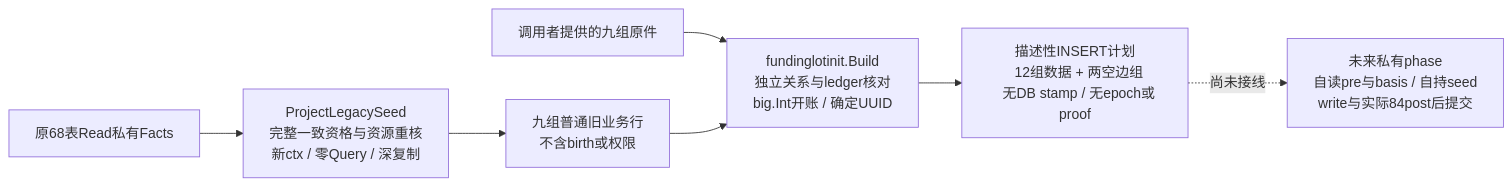
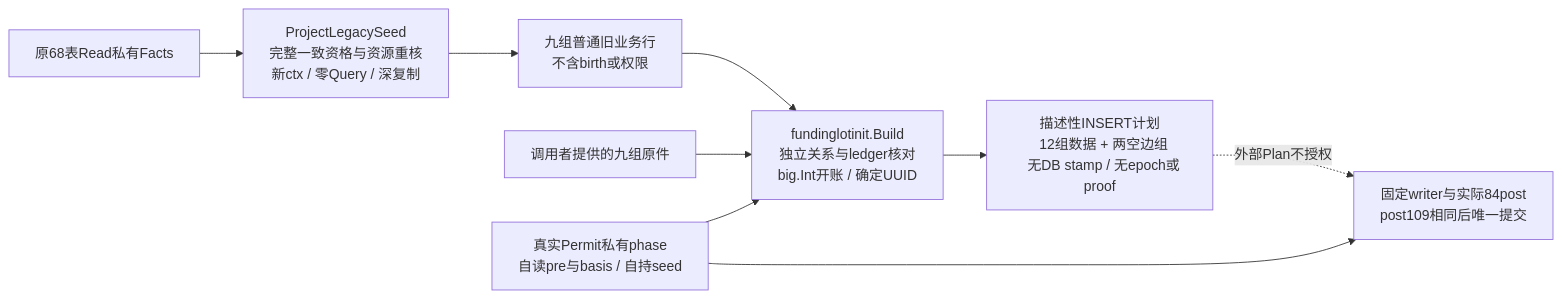
One commit to workhold/moni-aigate changed diagram 18 of 19 in docs/architecture/README.md. Above: the diagram before and after it, drawn with Mermaid. The commit also changed other lines of this file and 51 other files, not shown here.

````diff
--- a/docs/architecture/README.md
+++ b/docs/architecture/README.md
@@ -1156,18 +1167,20 @@
 ```mermaid
 flowchart LR
   Raw[原68表Read私有Facts] --> Project[ProjectLegacySeed
   完整一致资格与资源重核
   新ctx / 零Query / 深复制]
   Project --> Seed[九组普通旧业务行
   不含birth或权限]
   Supplied[调用者提供的九组原件] --> Build[fundinglotinit.Build
   独立关系与ledger核对
   big.Int开账 / 确定UUID]
   Seed --> Build
   Build --> Plan[描述性INSERT计划
   12组数据 + 两空边组
   无DB stamp / 无epoch或proof]
-  Plan -. 尚未接线 .-> Phase[未来私有phase
-  自读pre与basis / 自持seed
-  write与实际84post后提交]
+  Owned[真实Permit私有phase
+自读pre与basis / 自持seed] --> Build
+  Owned --> Phase[固定writer与实际84post
+post109相同后唯一提交]
+  Plan -. 外部Plan不授权 .-> Phase
 ```
````
